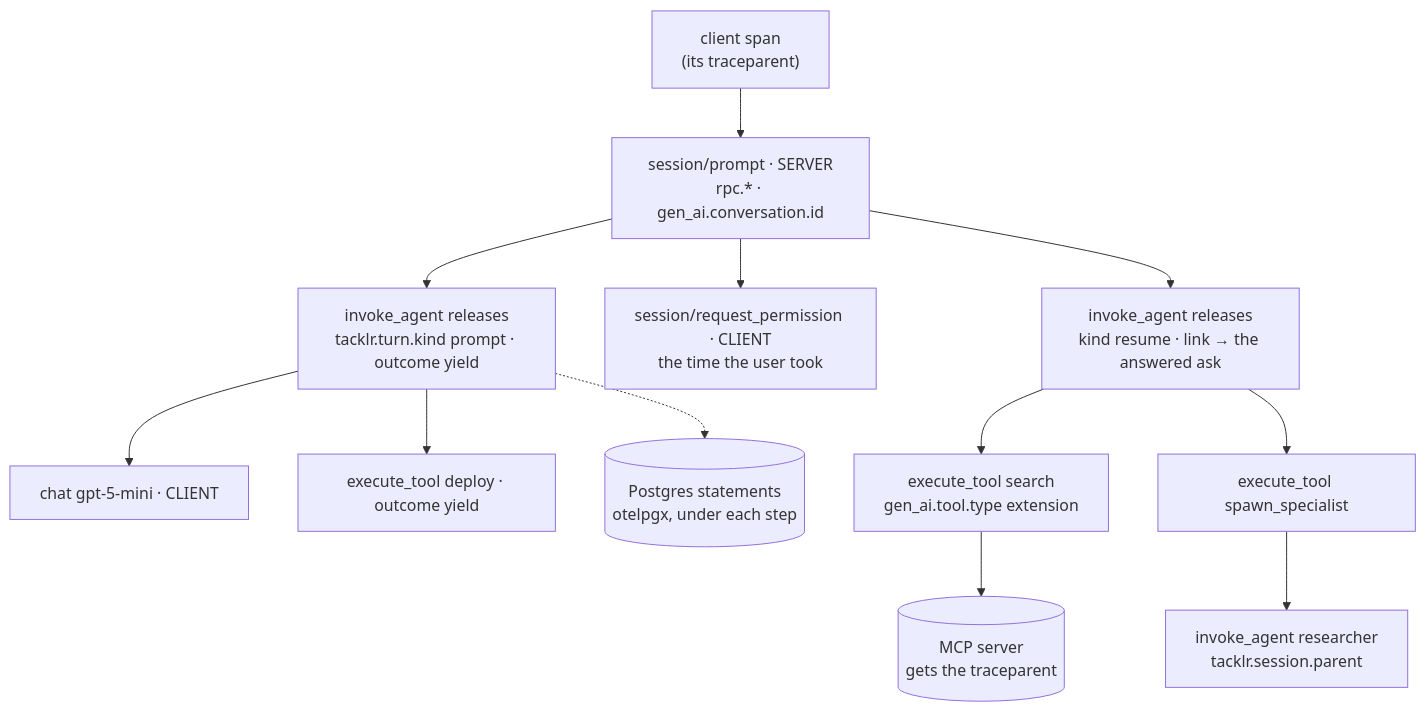
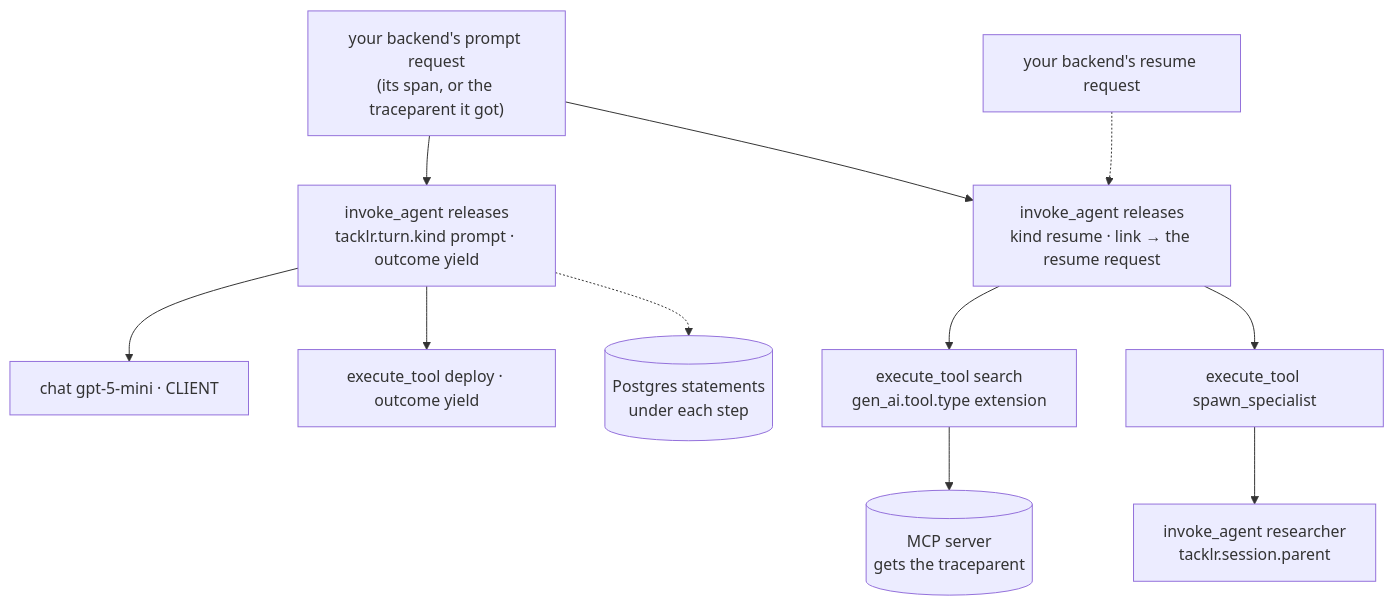
Before and after one commit to Ryanaldo34/tacklr: the diagram in docs/telemetry.md, drawn with Mermaid. The commit also changed other lines of this file and 261 other files, not shown here.

````diff
--- a/docs/telemetry.md
+++ b/docs/telemetry.md
@@ -9,24 +9,23 @@
 ```mermaid
 flowchart TB
-    client["client span<br/>(its traceparent)"]
-    prompt["session/prompt · SERVER<br/>rpc.* · gen_ai.conversation.id"]
+    prompt["your backend's prompt request<br/>(its span, or the traceparent it got)"]
+    answer["your backend's resume request"]
     turn1["invoke_agent releases<br/>tacklr.turn.kind prompt · outcome yield"]
     chat1["chat gpt-5-mini · CLIENT"]
     deploy["execute_tool deploy · outcome yield"]
-    ask["session/request_permission · CLIENT<br/>the time the user took"]
-    turn2["invoke_agent releases<br/>kind resume · link → the answered ask"]
+    turn2["invoke_agent releases<br/>kind resume · link → the resume request"]
     search["execute_tool search<br/>gen_ai.tool.type extension"]
     mcp[("MCP server<br/>gets the traceparent")]
     spawn["execute_tool spawn_specialist"]
     child["invoke_agent researcher<br/>tacklr.session.parent"]
-    db[("Postgres statements<br/>otelpgx, under each step")]
+    db[("Postgres statements<br/>under each step")]
 
-    client --> prompt --> turn1
+    prompt --> turn1
     turn1 --> chat1
     turn1 --> deploy
-    prompt --> ask
     prompt --> turn2
+    answer -.-> turn2
     turn2 --> search --> mcp
     turn2 --> spawn --> child
     turn1 -.-> db
 ```
````
